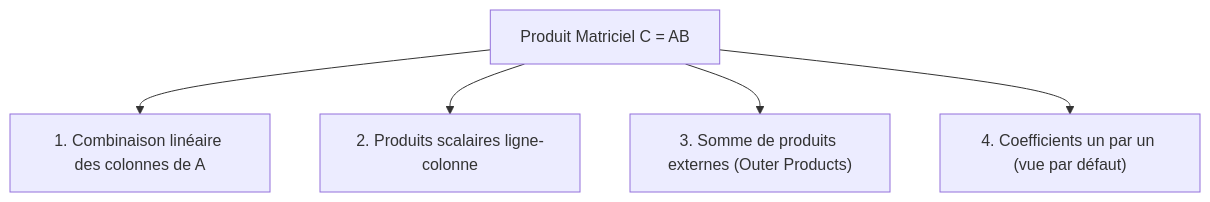
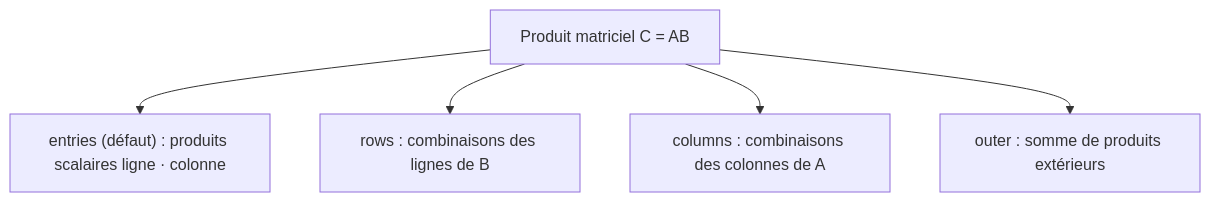
One commit to liouai-digital-education/linalg-pedagopy changed the diagram in docs/02_vectors_and_matrices.md. Above: the diagram before and after it, drawn with Mermaid. The commit also changed other lines of this file and 28 other files, not shown here.

````diff
--- a/docs/02_vectors_and_matrices.md
+++ b/docs/02_vectors_and_matrices.md
@@ -174,8 +174,8 @@
 ```mermaid
 flowchart TD
-    AB["Produit Matriciel C = AB"]
-    AB --> V1["1. Combinaison linéaire des colonnes de A"]
-    AB --> V2["2. Produits scalaires ligne-colonne"]
-    AB --> V3["3. Somme de produits externes (Outer Products)"]
-    AB --> V4["4. Coefficients un par un (vue par défaut)"]
+    AB["Produit matriciel C = AB"]
+    AB --> V1["entries (défaut) : produits scalaires ligne · colonne"]
+    AB --> V2["rows : combinaisons des lignes de B"]
+    AB --> V3["columns : combinaisons des colonnes de A"]
+    AB --> V4["outer : somme de produits extérieurs"]
 ```
````
